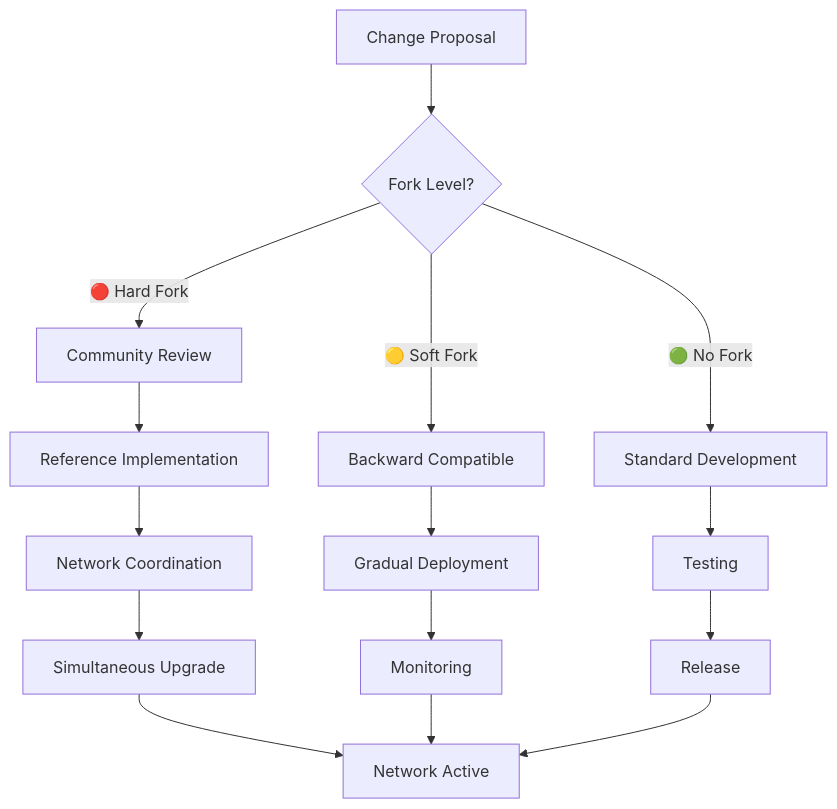
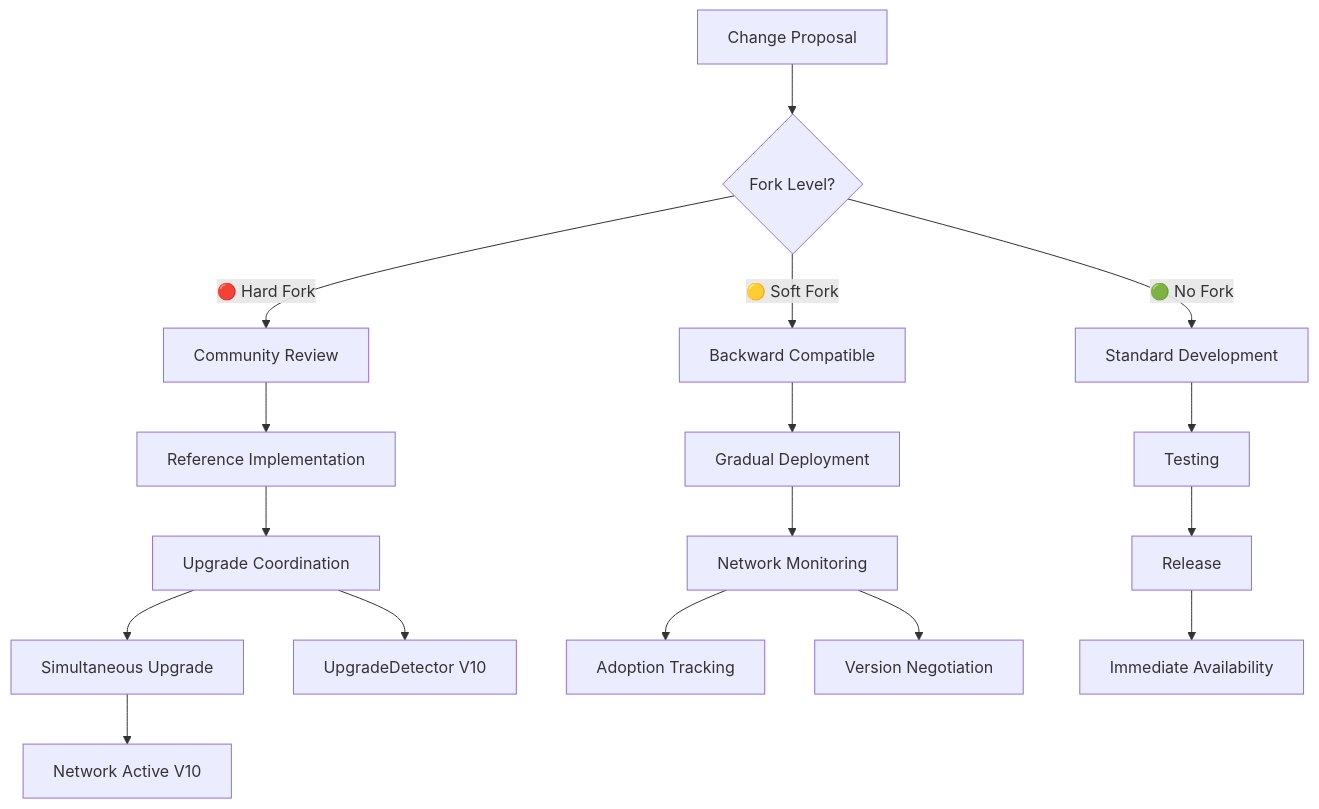
One commit to usexfg/fuego-suite changed the third of 29 diagrams in FORK_CLASSIFICATION.md. Above: the diagram before and after it, drawn with Mermaid. The commit also changed other lines of this file and 64 other files, not shown here.

````diff
--- a/FORK_CLASSIFICATION.md
+++ b/FORK_CLASSIFICATION.md
@@ -63,21 +79,24 @@
 ```mermaid
 flowchart TD
     A[Change Proposal] --> B{Fork Level?}
     
     B -->|🔴 Hard Fork| C[Community Review]
     C --> D[Reference Implementation]
-    D --> E[Network Coordination]
+    D --> E[Upgrade Coordination]
     E --> F[Simultaneous Upgrade]
     
     B -->|🟡 Soft Fork| G[Backward Compatible]
     G --> H[Gradual Deployment]
-    H --> I[Monitoring]
+    H --> I[Network Monitoring]
     
     B -->|🟢 No Fork| J[Standard Development]
     J --> K[Testing]
     K --> L[Release]
     
-    F --> M[Network Active]
-    I --> M
-    L --> M
+    F --> M[Network Active V10]
+    I --> N[Adoption Tracking]
+    L --> O[Immediate Availability]
+    
+    E --> P[UpgradeDetector V10]
+    I --> Q[Version Negotiation]
 ```
````
